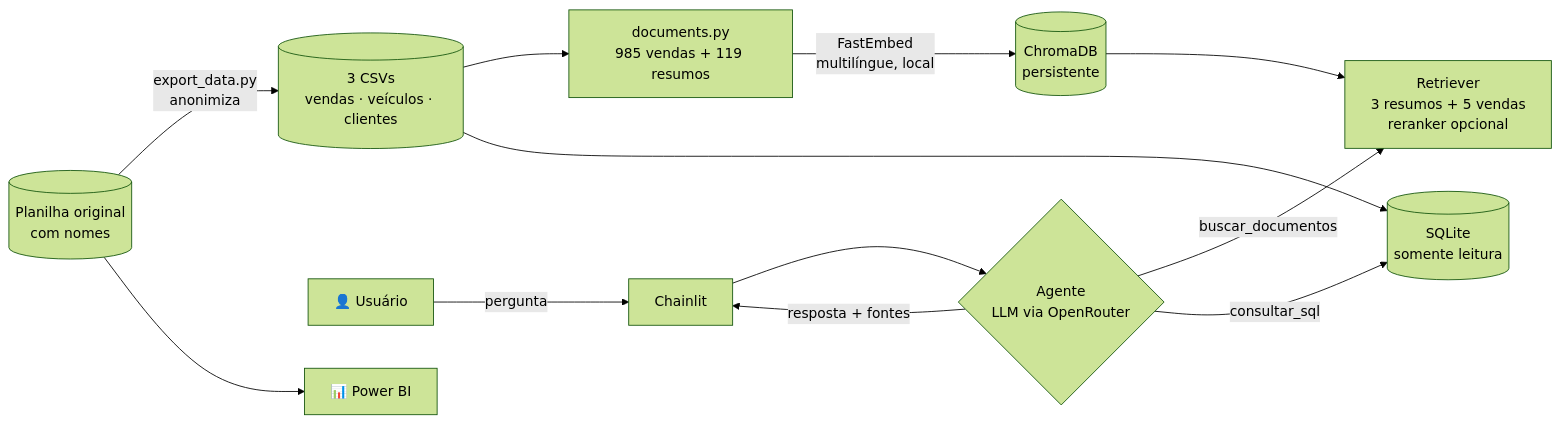
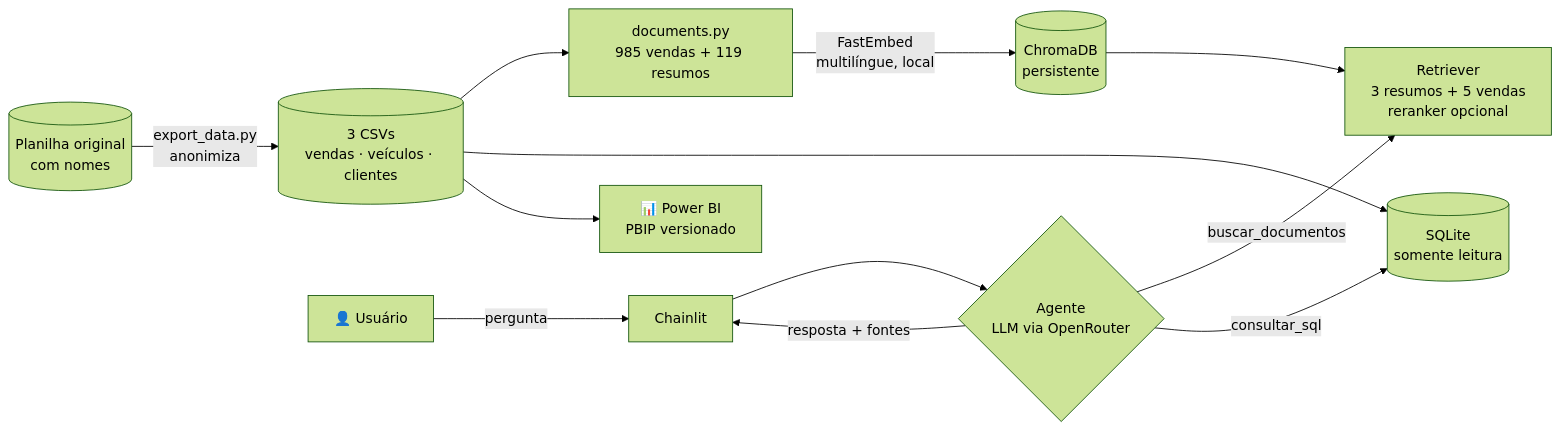
One commit to brenolrocha22/RAG-DIO changed the diagram in README.md. Above: the diagram before and after it, drawn with Mermaid (forest theme). The commit also changed other lines of this file and 35 other files, not shown here.

First line of the commit message:
feat(powerbi): dashboard de vendas como projeto PBIP versionado

````diff
--- a/README.md
+++ b/README.md
@@ -72,14 +75,14 @@
 ```mermaid
 flowchart LR
     XLSX[(Planilha original<br/>com nomes)] -->|export_data.py<br/>anonimiza| CSV[(3 CSVs<br/>vendas · veículos · clientes)]
     CSV --> DOCS[documents.py<br/>985 vendas + 119 resumos]
     DOCS -->|FastEmbed<br/>multilíngue, local| CHROMA[(ChromaDB<br/>persistente)]
     CSV --> DB[(SQLite<br/>somente leitura)]
     U[👤 Usuário] -->|pergunta| UI[Chainlit]
     UI --> AG{Agente<br/>LLM via OpenRouter}
     AG -->|buscar_documentos| R[Retriever<br/>3 resumos + 5 vendas<br/>reranker opcional]
     CHROMA --> R
     AG -->|consultar_sql| DB
     AG -->|resposta + fontes| UI
-    XLSX --> PBI[📊 Power BI]
+    CSV --> PBI[📊 Power BI<br/>PBIP versionado]
 ```
````
